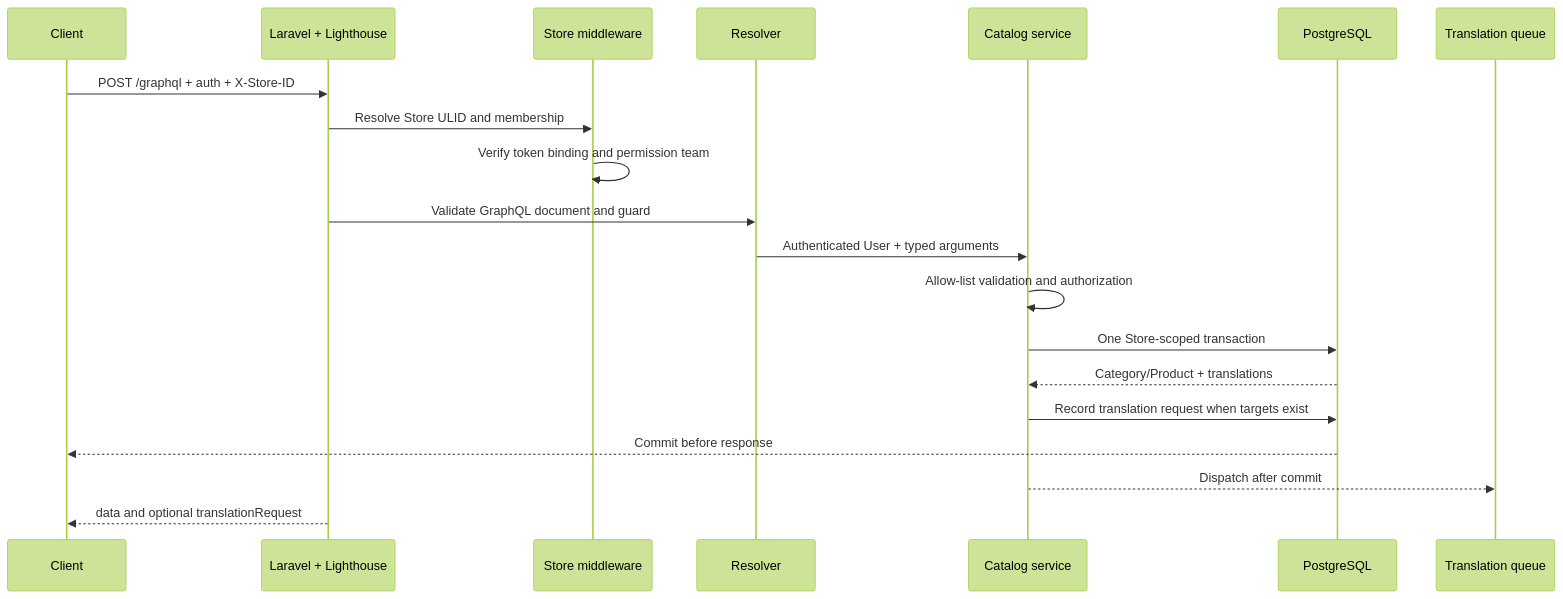
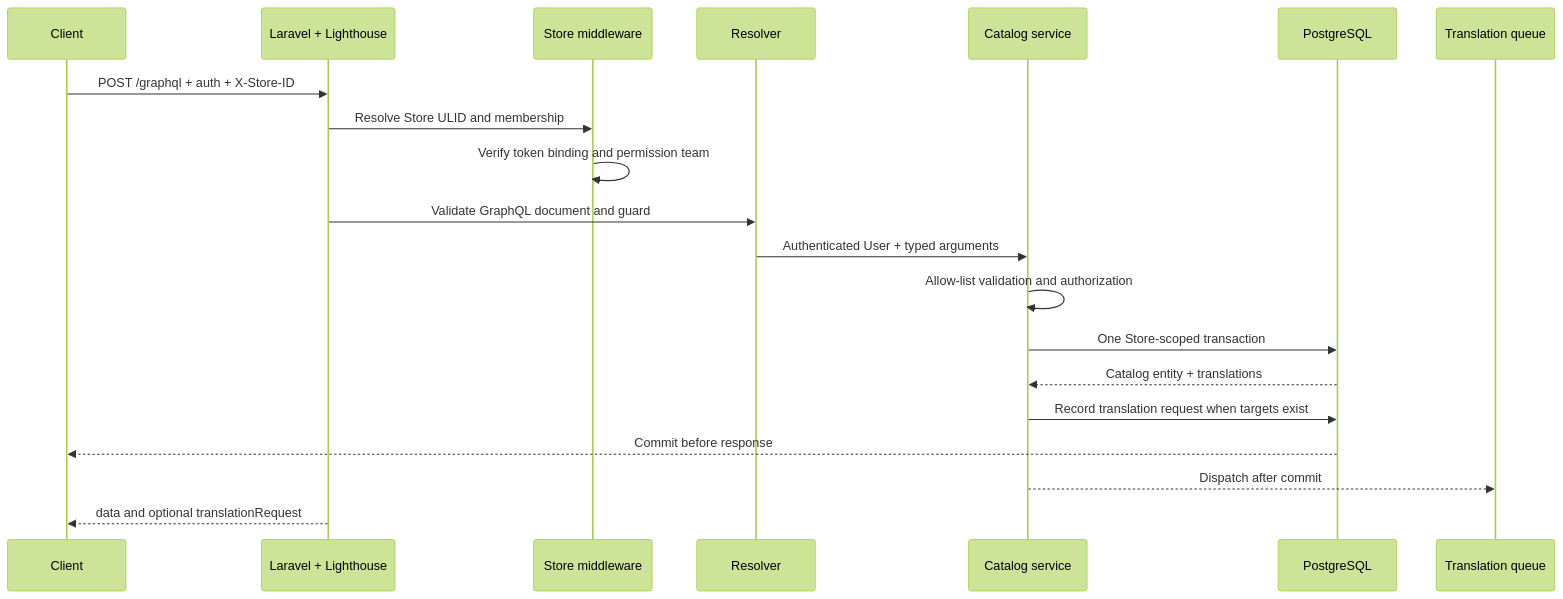
The diagram in docs/api-manual.md (fzeeso/shopnxebk), drawn with Mermaid (forest theme) before and after one commit. The commit also changed other lines of this file and 23 other files, not shown here.

````diff
--- a/docs/api-manual.md
+++ b/docs/api-manual.md
@@ -35,23 +35,23 @@
 ```mermaid
 sequenceDiagram
     participant Client
     participant HTTP as Laravel + Lighthouse
     participant Store as Store middleware
     participant Resolver
     participant Service as Catalog service
     participant DB as PostgreSQL
     participant Queue as Translation queue
 
     Client->>HTTP: POST /graphql + auth + X-Store-ID
     HTTP->>Store: Resolve Store ULID and membership
     Store->>Store: Verify token binding and permission team
     HTTP->>Resolver: Validate GraphQL document and guard
     Resolver->>Service: Authenticated User + typed arguments
     Service->>Service: Allow-list validation and authorization
     Service->>DB: One Store-scoped transaction
-    DB-->>Service: Category/Product + translations
+    DB-->>Service: Catalog entity + translations
     Service->>DB: Record translation request when targets exist
     DB-->>Client: Commit before response
     Service-->>Queue: Dispatch after commit
     HTTP-->>Client: data and optional translationRequest
 ```
````
